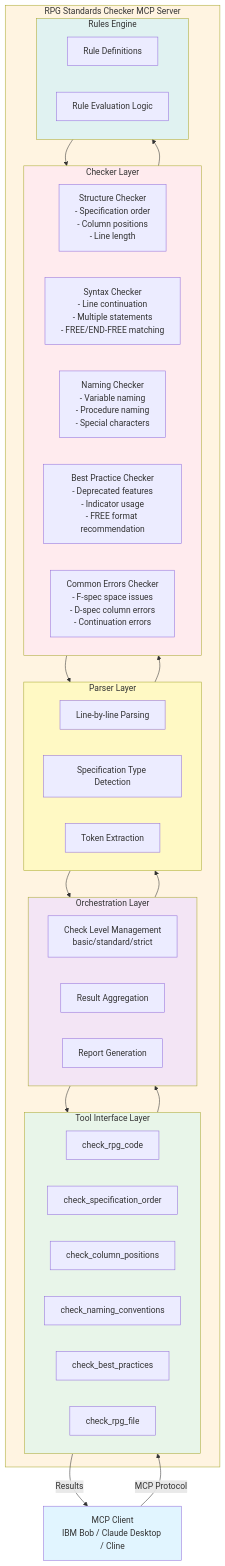
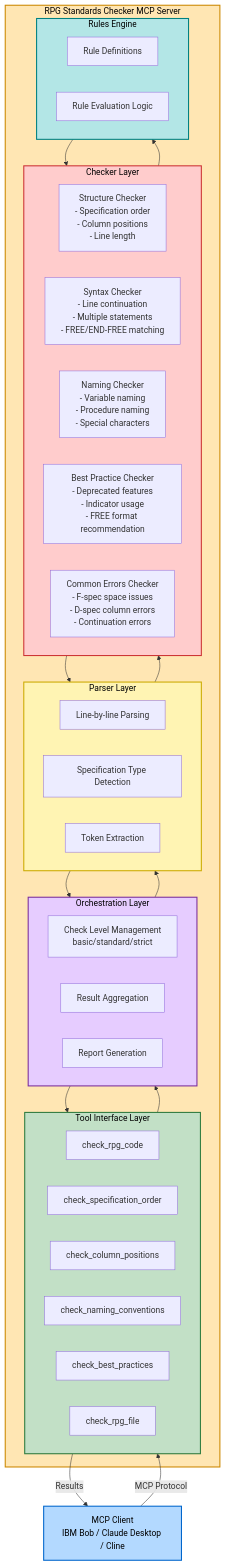
Before and after one commit to GuriCat/ilerpg-code-checker: the diagram in DESIGN.md, drawn with Mermaid.

Commit message:
Improve Mermaid diagram colors for dark mode compatibility

````diff
--- a/DESIGN.md
+++ b/DESIGN.md
@@ -7,59 +7,59 @@
 ```mermaid
 graph TB
     Client[MCP Client<br/>IBM Bob / Claude Desktop / Cline]
     
     subgraph Server[RPG Standards Checker MCP Server]
         subgraph Tools[Tool Interface Layer]
             T1[check_rpg_code]
             T2[check_specification_order]
             T3[check_column_positions]
             T4[check_naming_conventions]
             T5[check_best_practices]
             T6[check_rpg_file]
         end
         
         subgraph Orchestration[Orchestration Layer]
             O1[Check Level Management<br/>basic/standard/strict]
             O2[Result Aggregation]
             O3[Report Generation]
         end
         
         subgraph Parser[Parser Layer]
             P1[Line-by-line Parsing]
             P2[Specification Type Detection]
             P3[Token Extraction]
         end
         
         subgraph Checkers[Checker Layer]
             C1[Structure Checker<br/>- Specification order<br/>- Column positions<br/>- Line length]
             C2[Syntax Checker<br/>- Line continuation<br/>- Multiple statements<br/>- FREE/END-FREE matching]
             C3[Naming Checker<br/>- Variable naming<br/>- Procedure naming<br/>- Special characters]
             C4[Best Practice Checker<br/>- Deprecated features<br/>- Indicator usage<br/>- FREE format recommendation]
             C5[Common Errors Checker<br/>- F-spec space issues<br/>- D-spec column errors<br/>- Continuation errors]
         end
         
         subgraph Rules[Rules Engine]
             R1[Rule Definitions]
             R2[Rule Evaluation Logic]
         end
     end
     
     Client -->|MCP Protocol| Tools
     Tools --> Orchestration
     Orchestration --> Parser
     Parser --> Checkers
     Checkers --> Rules
     Rules --> Checkers
     Checkers --> Parser
     Parser --> Orchestration
     Orchestration --> Tools
     Tools -->|Results| Client
     
-    style Client fill:#e1f5ff
-    style Server fill:#fff4e1
-    style Tools fill:#e8f5e9
-    style Orchestration fill:#f3e5f5
-    style Parser fill:#fff9c4
-    style Checkers fill:#ffebee
-    style Rules fill:#e0f2f1
+    style Client fill:#b3d9ff,stroke:#0066cc,stroke-width:2px,color:#000
+    style Server fill:#ffe6b3,stroke:#cc8800,stroke-width:2px,color:#000
+    style Tools fill:#c2e0c6,stroke:#2d7a3e,stroke-width:2px,color:#000
+    style Orchestration fill:#e6ccff,stroke:#7a2d9e,stroke-width:2px,color:#000
+    style Parser fill:#fff4b3,stroke:#ccaa00,stroke-width:2px,color:#000
+    style Checkers fill:#ffcccc,stroke:#cc3333,stroke-width:2px,color:#000
+    style Rules fill:#b3e6e6,stroke:#008080,stroke-width:2px,color:#000
 ```
````
